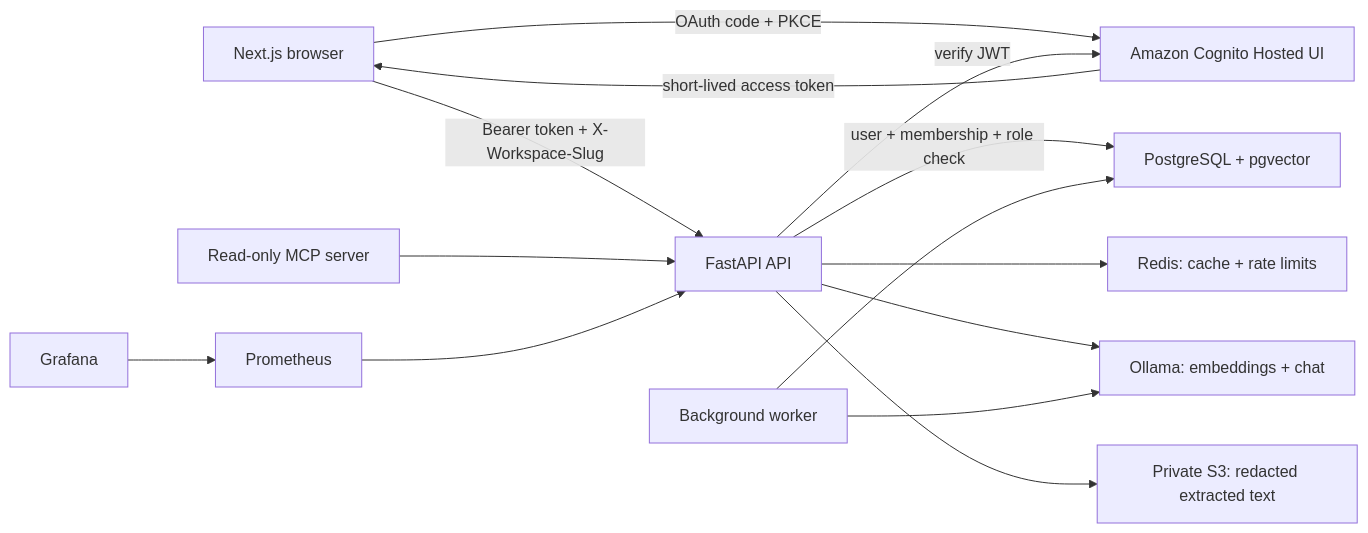
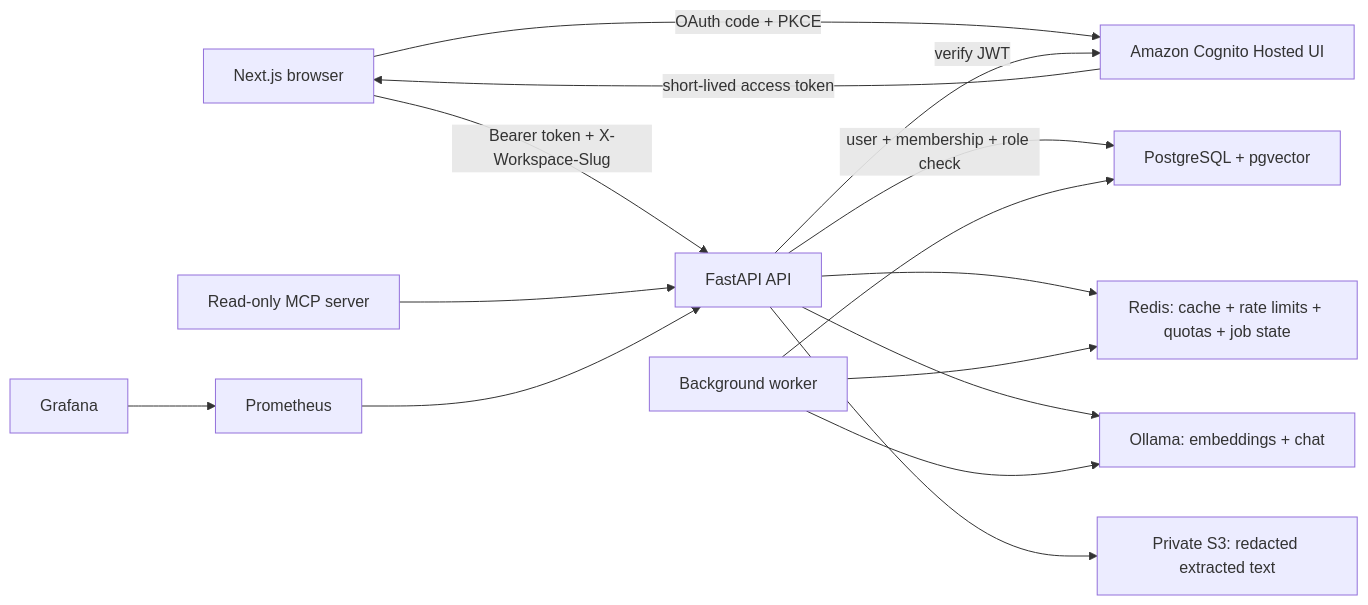
The first of 2 diagrams in README.md (Shruti9756/secure-cloudops-copilot), drawn with Mermaid before and after one commit. The commit also changed other lines of this file and 3 other files, not shown here.

```diff
--- a/README.md
+++ b/README.md
@@ -48,20 +54,21 @@
 ~~~mermaid
 flowchart LR
     Browser["Next.js browser"] -->|OAuth code + PKCE| Cognito["Amazon Cognito Hosted UI"]
     Cognito -->|short-lived access token| Browser
 
     Browser -->|Bearer token + X-Workspace-Slug| API["FastAPI API"]
     API -->|verify JWT| Cognito
     API -->|user + membership + role check| DB["PostgreSQL + pgvector"]
 
-    API --> Redis["Redis: cache + rate limits"]
+    API --> Redis["Redis: cache + rate limits + quotas + job state"]
     API --> Ollama["Ollama: embeddings + chat"]
     API --> S3["Private S3: redacted extracted text"]
 
     Worker["Background worker"] --> DB
+    Worker --> Redis
     Worker --> Ollama
 
     MCP["Read-only MCP server"] --> API
     Prometheus["Prometheus"] --> API
     Grafana["Grafana"] --> Prometheus
 ~~~
```
